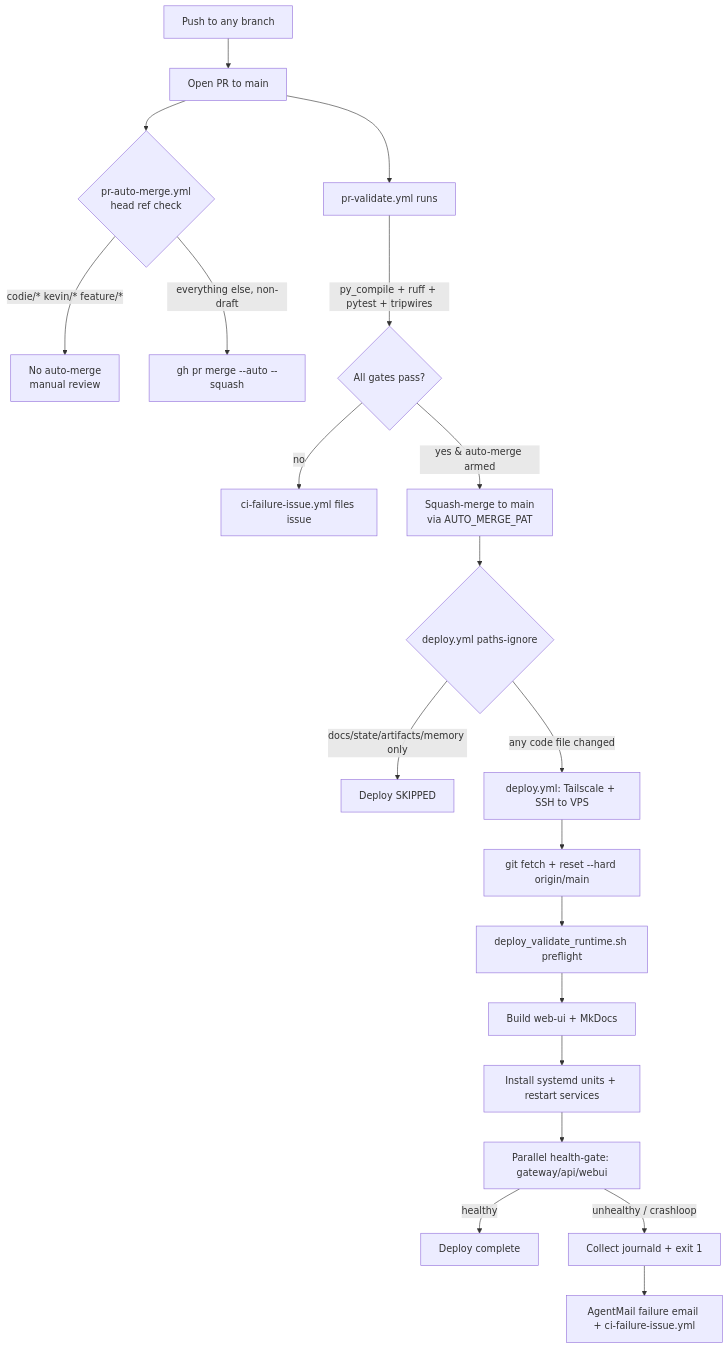
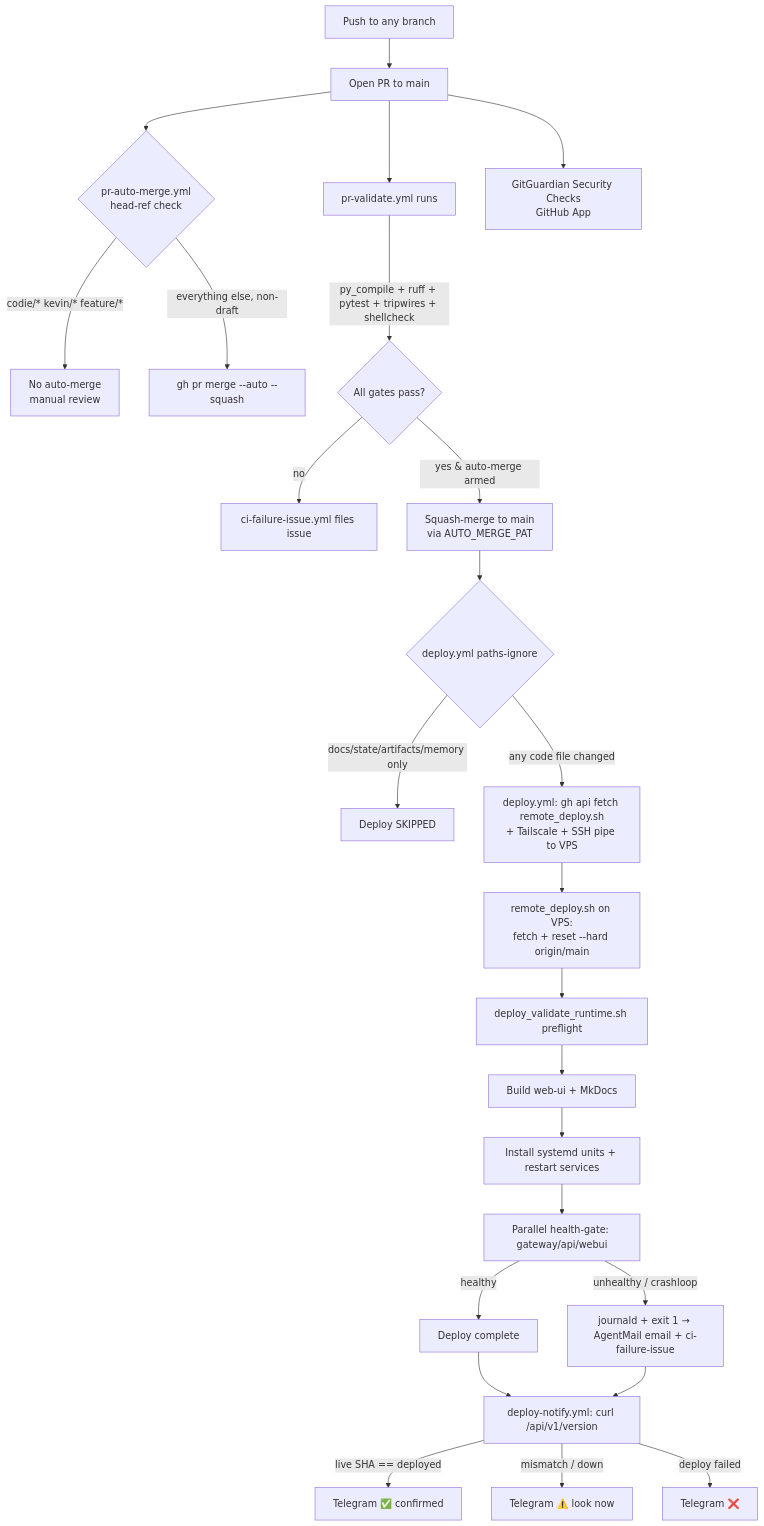
The diagram in project_docs/06_platform/04_deployment_and_cicd.md (Kjdragan/universal_agent), drawn with Mermaid before and after one commit. The commit also changed other lines of this file, not shown here.

First line of the commit message:
docs(deploy): rewrite canonical Deployment & CI/CD doc for the rebuilt system

````diff
--- a/project_docs/06_platform/04_deployment_and_cicd.md
+++ b/project_docs/06_platform/04_deployment_and_cicd.md
@@ -59,22 +65,27 @@
 ```mermaid
 flowchart TD
     A[Push to any branch] --> B[Open PR to main]
-    B --> C{pr-auto-merge.yml<br/>head ref check}
+    B --> C{pr-auto-merge.yml<br/>head-ref check}
     C -->|codie/* kevin/* feature/*| C1[No auto-merge<br/>manual review]
     C -->|everything else, non-draft| C2[gh pr merge --auto --squash]
     B --> D[pr-validate.yml runs]
-    D -->|py_compile + ruff + pytest + tripwires| E{All gates pass?}
+    B --> GG[GitGuardian Security Checks<br/>GitHub App]
+    D -->|py_compile + ruff + pytest + tripwires + shellcheck| E{All gates pass?}
     E -->|no| F[ci-failure-issue.yml files issue]
     E -->|yes & auto-merge armed| G[Squash-merge to main<br/>via AUTO_MERGE_PAT]
     G --> H{deploy.yml paths-ignore}
     H -->|docs/state/artifacts/memory only| H1[Deploy SKIPPED]
-    H -->|any code file changed| I[deploy.yml: Tailscale + SSH to VPS]
-    I --> J[git fetch + reset --hard origin/main]
+    H -->|any code file changed| I[deploy.yml: gh api fetch remote_deploy.sh<br/>+ Tailscale + SSH pipe to VPS]
+    I --> J[remote_deploy.sh on VPS:<br/>fetch + reset --hard origin/main]
     J --> K[deploy_validate_runtime.sh preflight]
     K --> L[Build web-ui + MkDocs]
     L --> M[Install systemd units + restart services]
     M --> N[Parallel health-gate: gateway/api/webui]
+    N -->|unhealthy / crashloop| P[journald + exit 1 → AgentMail email + ci-failure-issue]
     N -->|healthy| O[Deploy complete]
-    N -->|unhealthy / crashloop| P[Collect journald + exit 1]
-    P --> Q[AgentMail failure email + ci-failure-issue.yml]
+    O --> Z[deploy-notify.yml: curl /api/v1/version]
+    P --> Z
+    Z -->|live SHA == deployed| Z1[Telegram ✅ confirmed]
+    Z -->|mismatch / down| Z2[Telegram ⚠️ look now]
+    Z -->|deploy failed| Z3[Telegram ❌]
 ```
````
